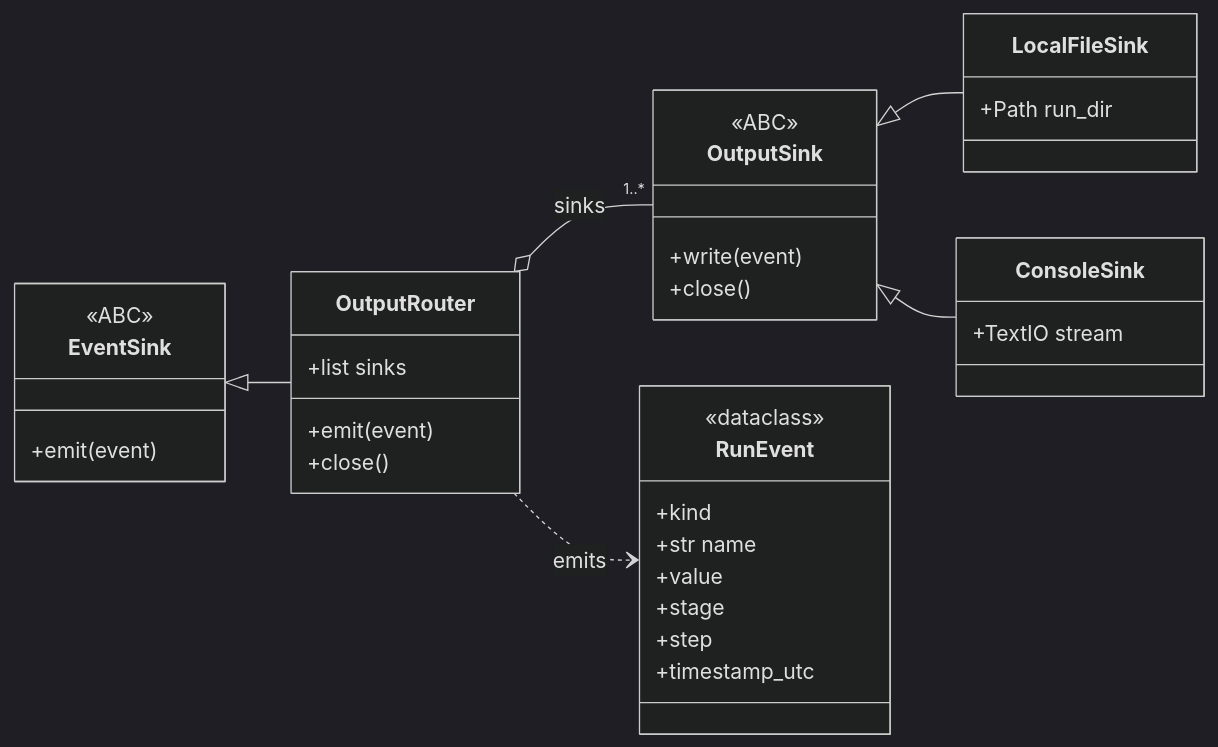
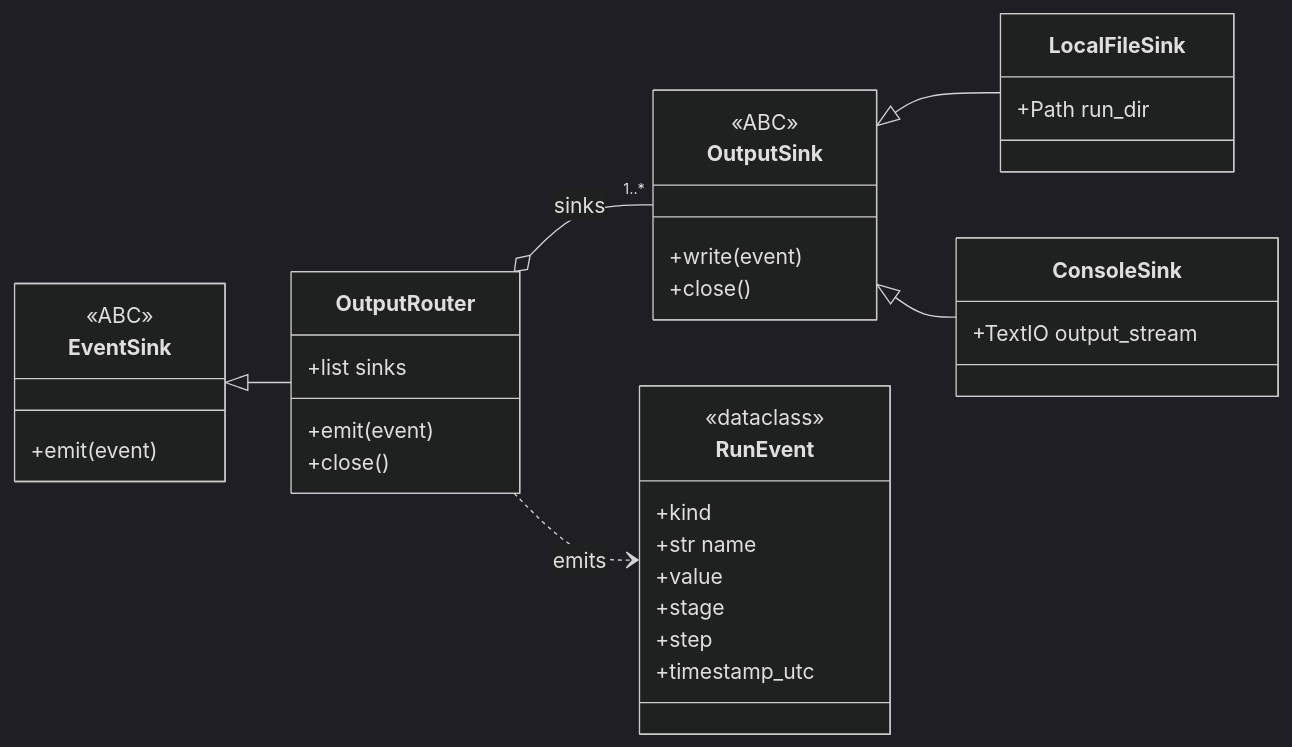
Before and after one commit to tile-and-error/imagenet-classification: the sixth of 6 diagrams in PLAN.md, drawn with Mermaid (dark theme). The commit also changed other lines of this file and 28 other files, not shown here.

````diff
--- a/PLAN.md
+++ b/PLAN.md
@@ -659,38 +647,38 @@
 ```mermaid
 classDiagram
     direction LR
     class EventSink {
         <<ABC>>
         +emit(event)
     }
     class OutputSink {
         <<ABC>>
         +write(event)
         +close()
     }
     class OutputRouter {
         +list sinks
         +emit(event)
         +close()
     }
     class LocalFileSink {
         +Path run_dir
     }
     class ConsoleSink {
-        +TextIO stream
+        +TextIO output_stream
     }
     class RunEvent {
         <<dataclass>>
         +kind
         +str name
         +value
         +stage
         +step
         +timestamp_utc
     }
     EventSink <|-- OutputRouter
     OutputSink <|-- LocalFileSink
     OutputSink <|-- ConsoleSink
     OutputRouter o-- "1..*" OutputSink : sinks
     OutputRouter ..> RunEvent : emits
 ```
````
